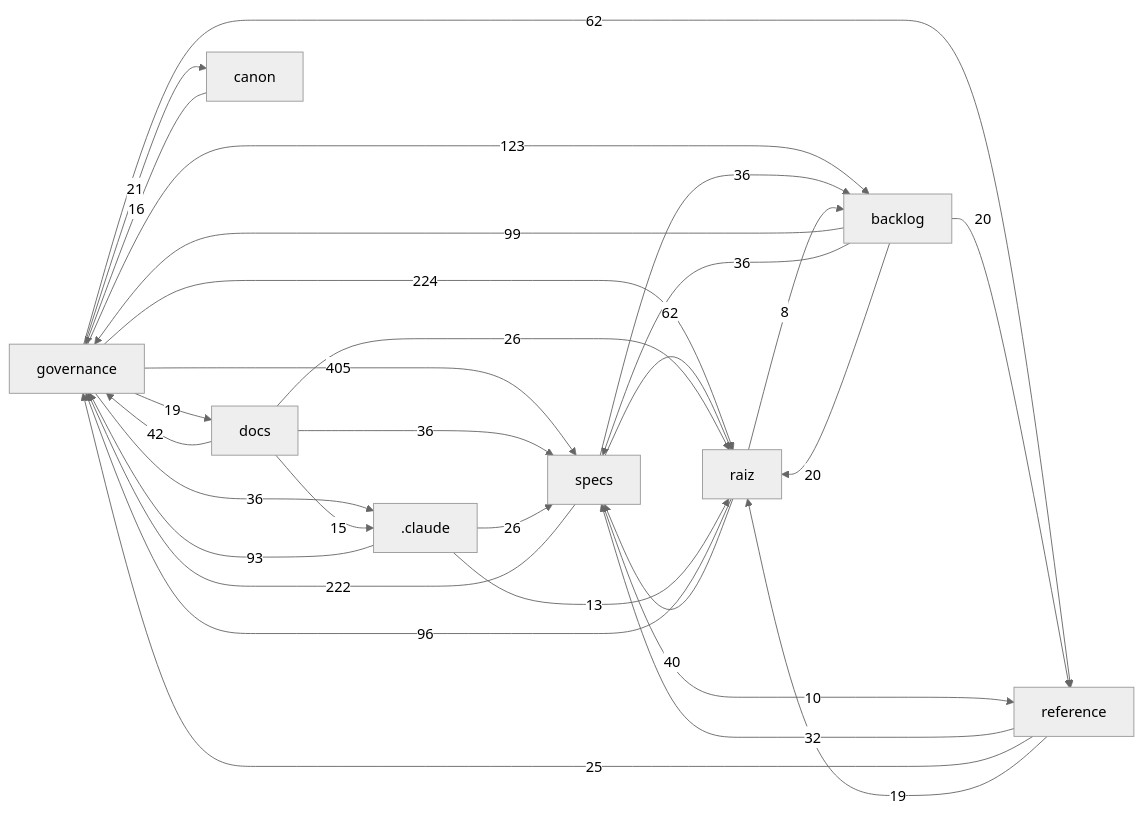
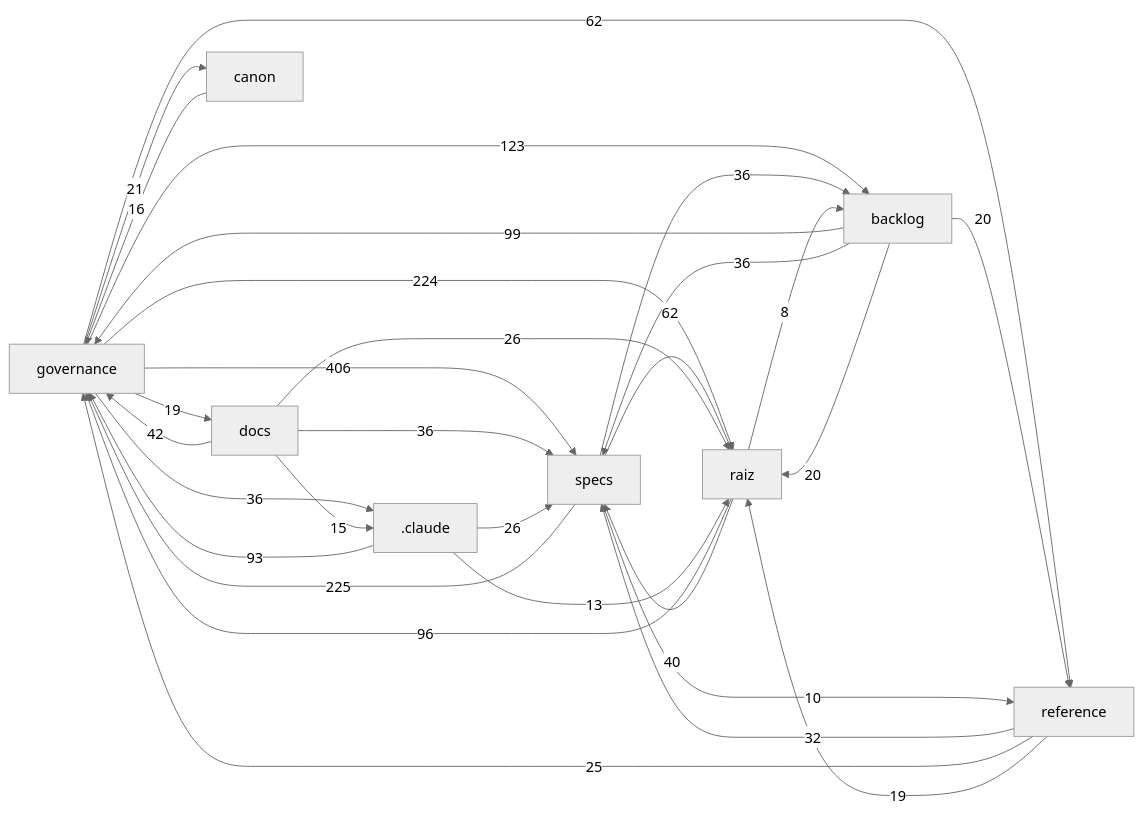
One commit to Andraus35/Sistema-Operacional-de-Trading--SOT changed the diagram in docs/mapa/MAPA-PROJETO.md. Above: the diagram before and after it, drawn with Mermaid (neutral theme). The commit also changed other lines of this file and 10 other files, not shown here.

````diff
--- a/docs/mapa/MAPA-PROJETO.md
+++ b/docs/mapa/MAPA-PROJETO.md
@@ -29,32 +29,32 @@
 ```mermaid
 flowchart LR
-  governance["governance"] -->|405| specs["specs"]
+  governance["governance"] -->|406| specs["specs"]
+  specs["specs"] -->|225| governance["governance"]
   governance["governance"] -->|224| raiz["raiz"]
-  specs["specs"] -->|222| governance["governance"]
   governance["governance"] -->|123| backlog["backlog"]
   backlog["backlog"] -->|99| governance["governance"]
   raiz["raiz"] -->|96| governance["governance"]
   _claude[".claude"] -->|93| governance["governance"]
   governance["governance"] -->|62| reference["reference"]
   specs["specs"] -->|62| raiz["raiz"]
   docs["docs"] -->|42| governance["governance"]
   raiz["raiz"] -->|40| specs["specs"]
   backlog["backlog"] -->|36| specs["specs"]
   docs["docs"] -->|36| specs["specs"]
   governance["governance"] -->|36| _claude[".claude"]
   specs["specs"] -->|36| backlog["backlog"]
   reference["reference"] -->|32| specs["specs"]
   _claude[".claude"] -->|26| specs["specs"]
   docs["docs"] -->|26| raiz["raiz"]
   reference["reference"] -->|25| governance["governance"]
   governance["governance"] -->|21| canon["canon"]
   backlog["backlog"] -->|20| raiz["raiz"]
   backlog["backlog"] -->|20| reference["reference"]
   governance["governance"] -->|19| docs["docs"]
   reference["reference"] -->|19| raiz["raiz"]
   canon["canon"] -->|16| governance["governance"]
   docs["docs"] -->|15| _claude[".claude"]
   _claude[".claude"] -->|13| raiz["raiz"]
   specs["specs"] -->|10| reference["reference"]
   raiz["raiz"] -->|8| backlog["backlog"]
 ```
````
